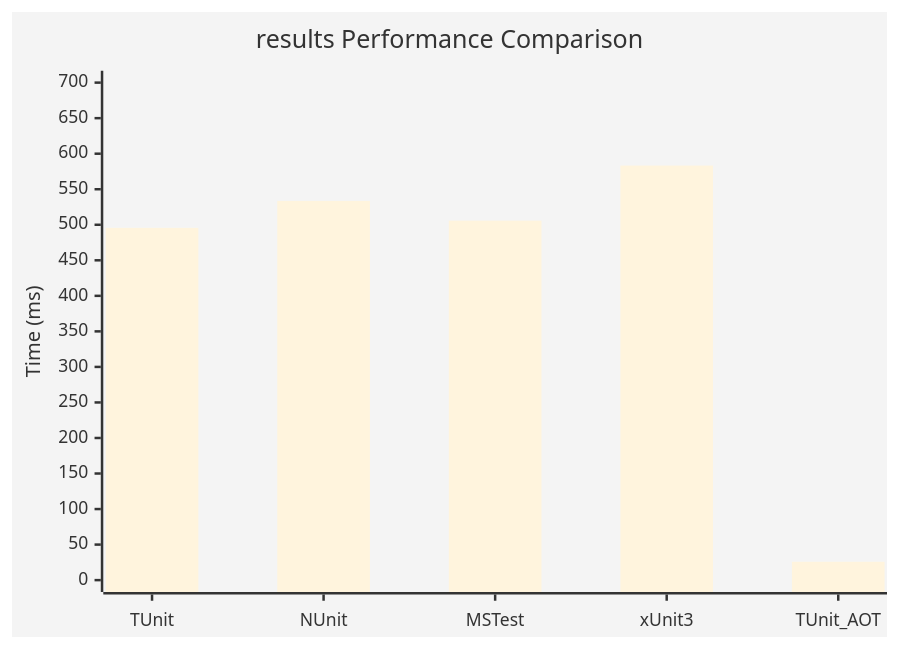
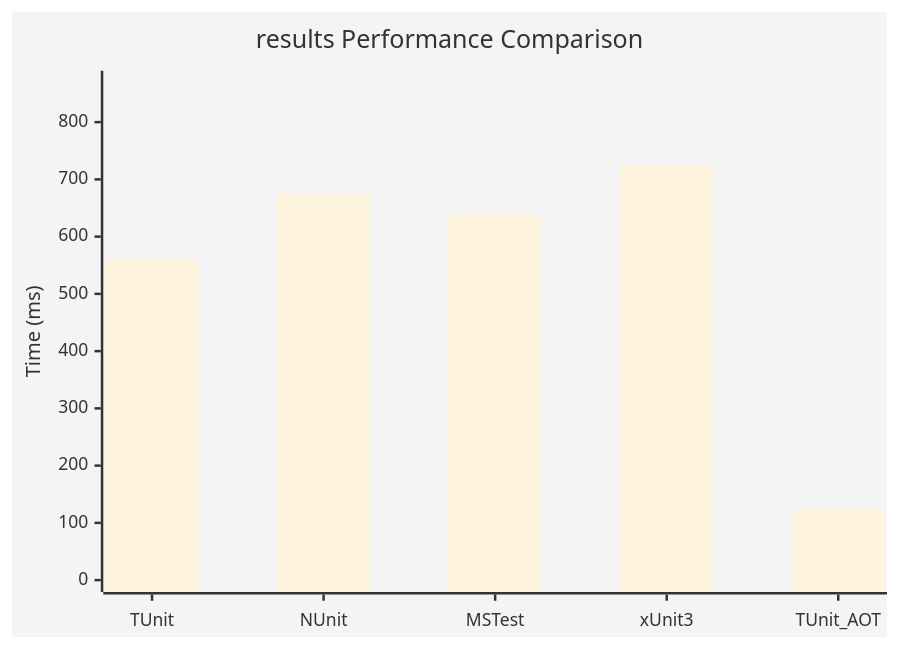
The first of 2 diagrams in docs/docs/benchmarks/index.md (thomhurst/TUnit), drawn with Mermaid before and after one commit. The commit also changed other lines of this file and 2 other files, not shown here.

````diff
--- a/docs/docs/benchmarks/index.md
+++ b/docs/docs/benchmarks/index.md
@@ -28,8 +28,8 @@
 ```mermaid
 %%{init: {'theme':'base'}}%%
 xychart-beta
   title "results Performance Comparison"
   x-axis ["TUnit", "NUnit", "MSTest", "xUnit3", "TUnit_AOT"]
-  y-axis "Time (ms)" 0 --> 700
-  bar [495.66, 533.59, 505.82, 583.29, 25.84]
+  y-axis "Time (ms)" 0 --> 869
+  bar [559.5, 673.9, 637.8, 723.7, 123.2]
 ```
````
